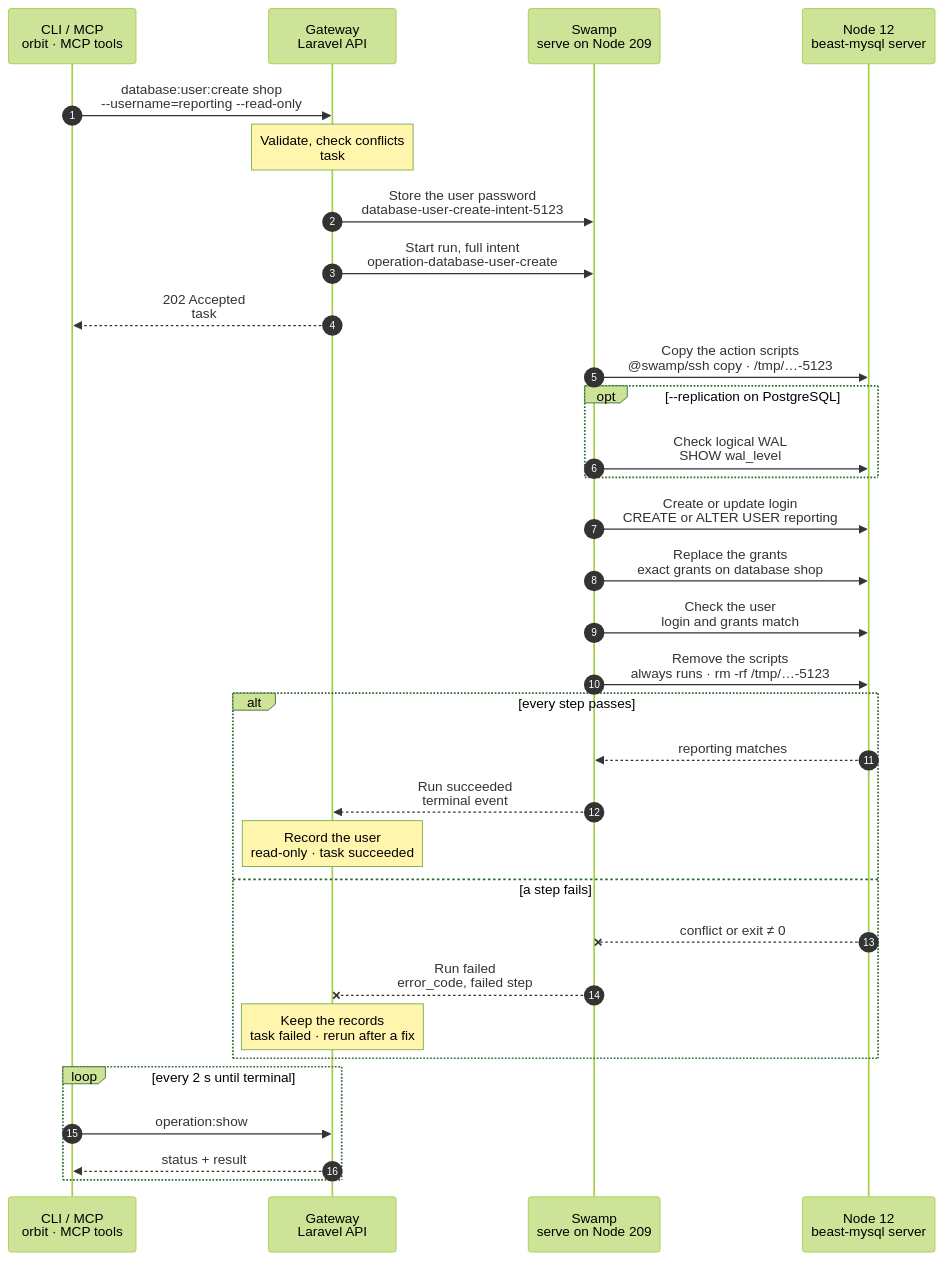
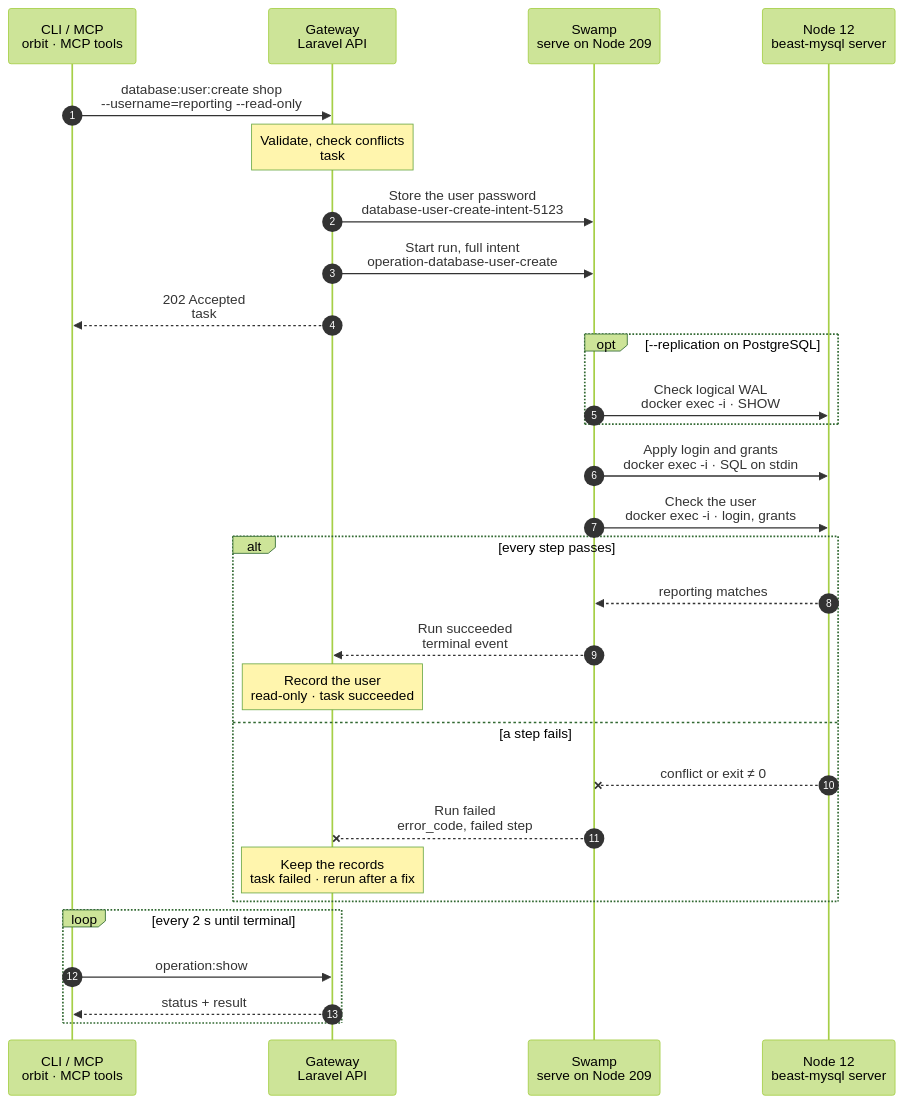
The diagram in docs/cli/database/user-create.mmd (hardimpactdev/orbit), drawn with Mermaid (forest theme) before and after one commit.

Commit message:
docs(cli): tighten database_user.create chart

```diff
--- a/docs/cli/database/user-create.mmd
+++ b/docs/cli/database/user-create.mmd
@@ -1,129 +1,120 @@
 sequenceDiagram
   %% Target design: ADR 0244 task, DECISIONS R1-R4, 5 (swamp role SSH identity), round 2 bugs (server admin password by its own vault key, cleanup on pass or fail). docs/reference/database-servers.md#add-a-user.
+  %% Tightened: flow-tighten 2026-11-02, rules 6, 22 (login and grants in one SQL batch on stdin; no copied scripts or cleanup).
   %% status: draft
   %% command: database:user:create
   %% kind: database_user.create
   autonumber
   %% lane CLI icon=terminal pill=caller tone=gray
   %% lane GW icon=gateway pill=intent tone=blue
   %% lane SW icon=workflow pill=executes tone=green
   %% lane N icon=server pill=target tone=amber
   participant CLI as CLI / MCP<br/>orbit · MCP tools
   participant GW as Gateway<br/>Laravel API
   participant SW as Swamp<br/>serve on Node 209
   participant N as Node 12<br/>beast-mysql server
   CLI->>GW: database:user:create shop<br/>--username=reporting --read-only
   %%> Command:
   %%> - `printf '%s' "$PASSWORD" | orbit database:user:create shop --username=reporting --read-only`
   %%> - syntax: `<slug> --username=USER [--read-only] [--replication] [--idempotency-key=KEY]`
   %%> Input:
   %%> - the connection slug of a database on a MySQL or PostgreSQL server
   %%> - the username: a 1-32 character identifier
   %%> - the password from piped standard input, or a hidden `Password` prompt on a terminal; never an argument
   %%> Grants:
   %%> - `--read-only`: `SELECT` on the database
   %%> - none: all database privileges on MySQL, data-write grants on PostgreSQL
   %%> - `--replication`: PostgreSQL only, `LOGIN REPLICATION` with read-only grants
   Note over GW: Validate, check conflicts<br/>task #5123 · lock beast-mysql
   %%> Requirements:
   %%> - your Node has an access grant to Node 12
   %%> - connection `shop` has a Database server (`database.server_required`)
   %%> - the server is MySQL or PostgreSQL (`database.driver_unsupported`); on Valkey each user is its own connection
   %%> - `reporting` is not the user of a connection on the server (`database.name_conflict`)
   %%> - no database removal runs on `beast-mysql`; the Gateway holds one lock per Database server
   %%> Result:
   %%> - task #5123 recorded with the database, owner, username and grant policy
   %%> - the password stored encrypted; nothing has happened on the Node yet
   GW->>SW: Store the user password<br/>database-user-create-intent-5123
   %%> What it does:
   %%> - puts the user's password, and on PostgreSQL a stable SCRAM salt, into the Swamp vault on Node 209 (R3)
   %%> Not included:
   %%> - the server's admin password; it is already in the vault under the server's own key `database-server-3-admin`
   GW->>SW: Start run, full intent<br/>operation-database-user-create
   %%> What it does:
   %%> - starts one Swamp run on serve (Node 209)
   %%> Inputs:
   %%> - the driver, database, owner, username, grant policy and replication flag
   %%> - the vault key names `database-user-create-intent-5123` and `database-server-3-admin`
   %%> - Node 12's address and SSH host keys; the SSH identity comes from the `swamp` role
   GW-->>CLI: 202 Accepted<br/>task #5123
   %%> What you get:
   %%> - the task number, at once
   %%> Next:
   %%> - the CLI follows the task with `operation:show`
-  SW->>N: Copy the action scripts<br/>@swamp/ssh copy · /tmp/…-5123
-  %%> How:
-  %%> - Swamp reaches Node 12 over SSH from 209 with the official `@swamp/ssh` behavior
-  %%> - the SSH identity is the one the `swamp` role owns, at its one role-defined place
-  %%> What it does:
-  %%> - copies the shipped scripts into `/tmp/orbit-database-user-create-5123`
-  %%> - each later step reads both passwords with `vault.get` and passes them on standard input, never in argv
   opt --replication on PostgreSQL
-    SW->>N: Check logical WAL<br/>SHOW wal_level
+    SW->>N: Check logical WAL<br/>docker exec -i · SHOW
+    %%> How:
+    %%> - Swamp reaches Node 12 over SSH from 209 with `@swamp/ssh` and the `swamp` role's SSH identity; nothing is copied to the Node
+    %%> - one `docker exec -i … psql` with `SHOW wal_level` on stdin
     %%> What it does:
     %%> - checks that the live server has `wal_level=logical`, before any change
     %%> Refuses:
     %%> - another level gives `database.wal_level_not_logical`; nothing changes
     %%> Not included:
     %%> - Orbit never changes the server configuration or creates publications
   end
-  SW->>N: Create or update login<br/>CREATE or ALTER USER reporting
+  SW->>N: Apply login and grants<br/>docker exec -i · SQL on stdin
+  %%> How:
+  %%> - one `docker exec -i` with the statement batch on stdin; the user password from `vault.get` sits inside the SQL, never in argv
+  %%> - admin login: the 0600 option file for MySQL, local trust for PostgreSQL
   %%> What it does:
   %%> - creates the login, or sets the password of a user Orbit recorded before
   %%> - PostgreSQL: adds or removes the replication attribute
+  %%> - replaces the user's privileges with exactly the requested ones, in the same batch
   %%> Refuses:
-  %%> - an existing PostgreSQL role outside this connection (`database.name_conflict`)
-  SW->>N: Replace the grants<br/>exact grants on database shop
-  %%> What it does:
-  %%> - replaces the user's privileges with exactly the requested ones
+  %%> - an existing PostgreSQL role outside this connection (`database.name_conflict`); the create statement refuses by itself
   %%> - MySQL: escapes underscores, so the grant covers only `shop`
   %%> - PostgreSQL replication: also owner defaults for future public tables
-  SW->>N: Check the user<br/>login and grants match
+  SW->>N: Check the user<br/>docker exec -i · login, grants
   %%> What it does:
   %%> - reads the live role or user back and checks its login, attributes and grants
   %%> Why:
   %%> - the user only counts as created when the server shows it
-  SW->>N: Remove the scripts<br/>always runs · rm -rf /tmp/…-5123
-  %%> When:
-  %%> - always, after the steps above, whether they passed or failed
-  %%> What it does:
-  %%> - removes `/tmp/orbit-database-user-create-5123`, so no scripts stay on Node 12
-  %%> If it fails:
-  %%> - the task result does not change; the directory holds no secrets
   alt every step passes
     N-->>SW: reporting matches
     %%> Returns:
     %%> - the check passed
     SW-->>GW: Run succeeded<br/>terminal event
     %%> How the Gateway learns it:
     %%> - its shared run reader sees the terminal event; Swamp never calls the Gateway
     Note over GW: Record the user<br/>read-only · task succeeded
     %%> Result:
     %%> - user `reporting` recorded for `shop`, with its privileges and encrypted password
     %%> - `database:user:list shop` shows it; `vault:sync` can publish its password to Vaultwarden
     %%> - task #5123 succeeds
   else a step fails
     N--xSW: conflict or exit ≠ 0
     %%> When:
     %%> - a name conflict, the wrong WAL level, failed SQL, or a lost SSH connection
     SW--xGW: Run failed<br/>error_code, failed step
     %%> The Gateway reads:
     %%> - which step failed and its error code
     Note over GW: Keep the records<br/>task failed · rerun after a fix
     %%> Result:
     %%> - the user records stay as before; a new user is not recorded
     %%> - task #5123 fails
     %%> On the Node:
     %%> - a login created before the failure stays; there is no rollback
     %%> - that is safe: a rerun sets the password and replaces the grants again
     %%> Retry:
     %%> - run the same command again after fixing the cause; it is a new task
   end
   loop every 2 s until terminal
     CLI->>GW: operation:show #5123
     %%> What it does:
     %%> - asks for the task's status every 2 seconds until it has ended
     GW-->>CLI: status + result
     %%> Returns:
     %%> - the current status, and the result once the task has ended
   end
```
